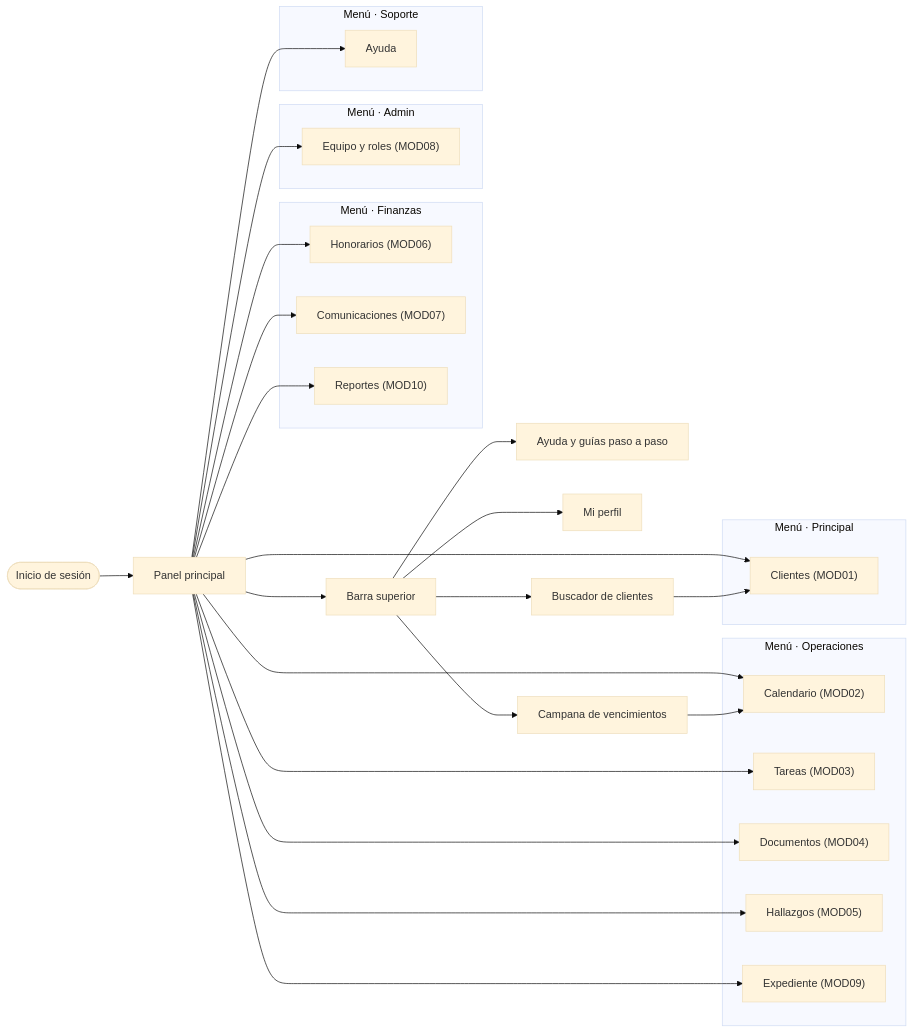
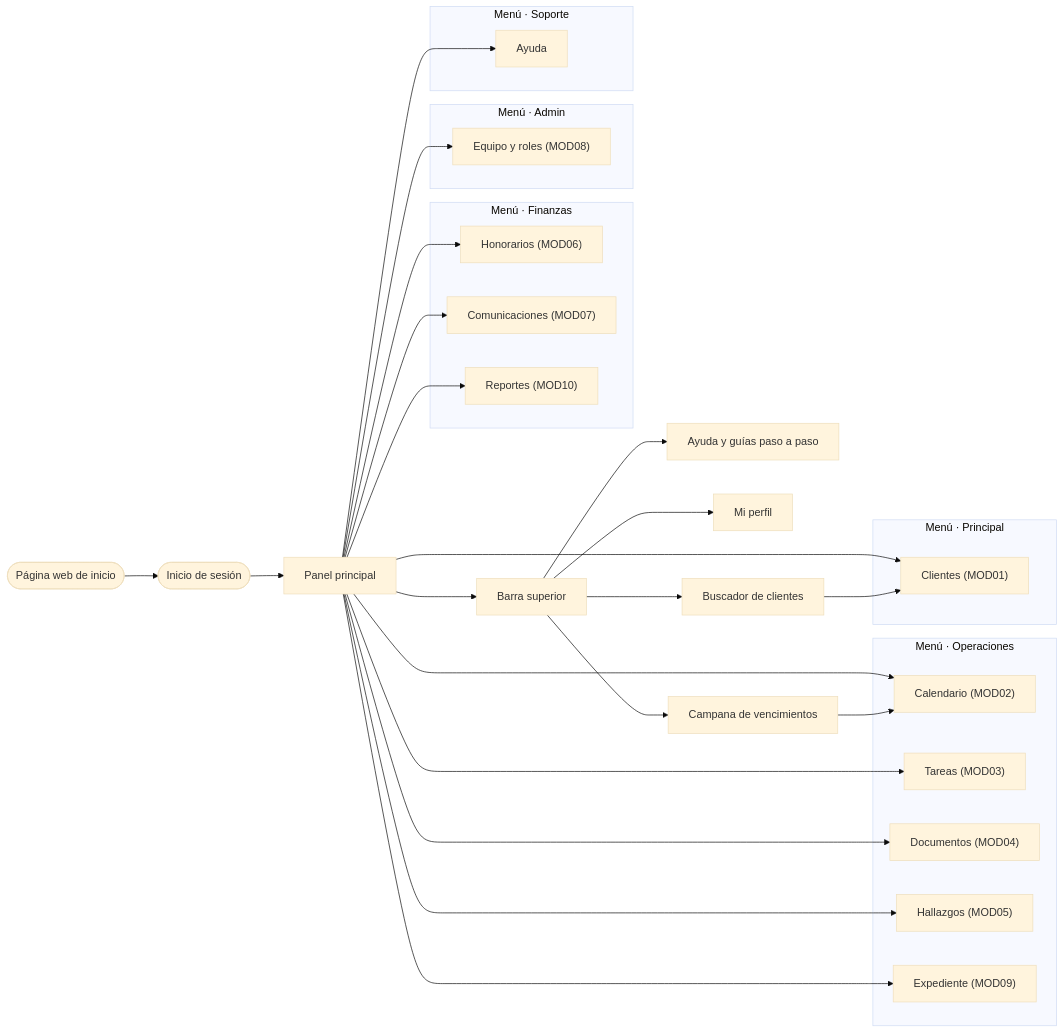
The first of 11 diagrams in documentacion/MAPA_NAVEGACION.md (Fredd0828/Contanika), drawn with Mermaid (base theme) before and after one commit. The commit also changed other lines of this file and 16 other files, not shown here.

First line of the commit message:
feat(seguridad): pagina web de inicio publica y panel redistribuido

````diff
--- a/documentacion/MAPA_NAVEGACION.md
+++ b/documentacion/MAPA_NAVEGACION.md
@@ -11,43 +11,44 @@
 ```mermaid
 flowchart LR
-    inicio(["Inicio de sesión"]) --> panel["Panel principal"]
+    web(["Página web de inicio"]) --> inicio(["Inicio de sesión"])
+    inicio --> panel["Panel principal"]
     subgraph Principal["Menú · Principal"]
         clientes_lista["Clientes (MOD01)"]
     end
     subgraph Operaciones["Menú · Operaciones"]
         calendario_calendario["Calendario (MOD02)"]
         tareas_tablero["Tareas (MOD03)"]
         documentos_historico["Documentos (MOD04)"]
         hallazgos_lista["Hallazgos (MOD05)"]
         expediente_lista["Expediente (MOD09)"]
     end
     subgraph Finanzas["Menú · Finanzas"]
         finanzas_historico["Honorarios (MOD06)"]
         comunicaciones_lista["Comunicaciones (MOD07)"]
         reportes_inicio["Reportes (MOD10)"]
     end
     subgraph Admin["Menú · Admin"]
         seguridad_equipo["Equipo y roles (MOD08)"]
     end
     subgraph Soporte["Menú · Soporte"]
         seguridad_ayuda["Ayuda"]
     end
     panel --> clientes_lista
     panel --> calendario_calendario
     panel --> tareas_tablero
     panel --> documentos_historico
     panel --> hallazgos_lista
     panel --> expediente_lista
     panel --> finanzas_historico
     panel --> comunicaciones_lista
     panel --> reportes_inicio
     panel --> seguridad_equipo
     panel --> seguridad_ayuda
     panel --> barra["Barra superior"]
     barra --> ayuda["Ayuda y guías paso a paso"]
     barra --> perfil["Mi perfil"]
     barra --> campana["Campana de vencimientos"]
     barra --> buscador["Buscador de clientes"]
     buscador --> clientes_lista
     campana --> calendario_calendario
 ```
````
